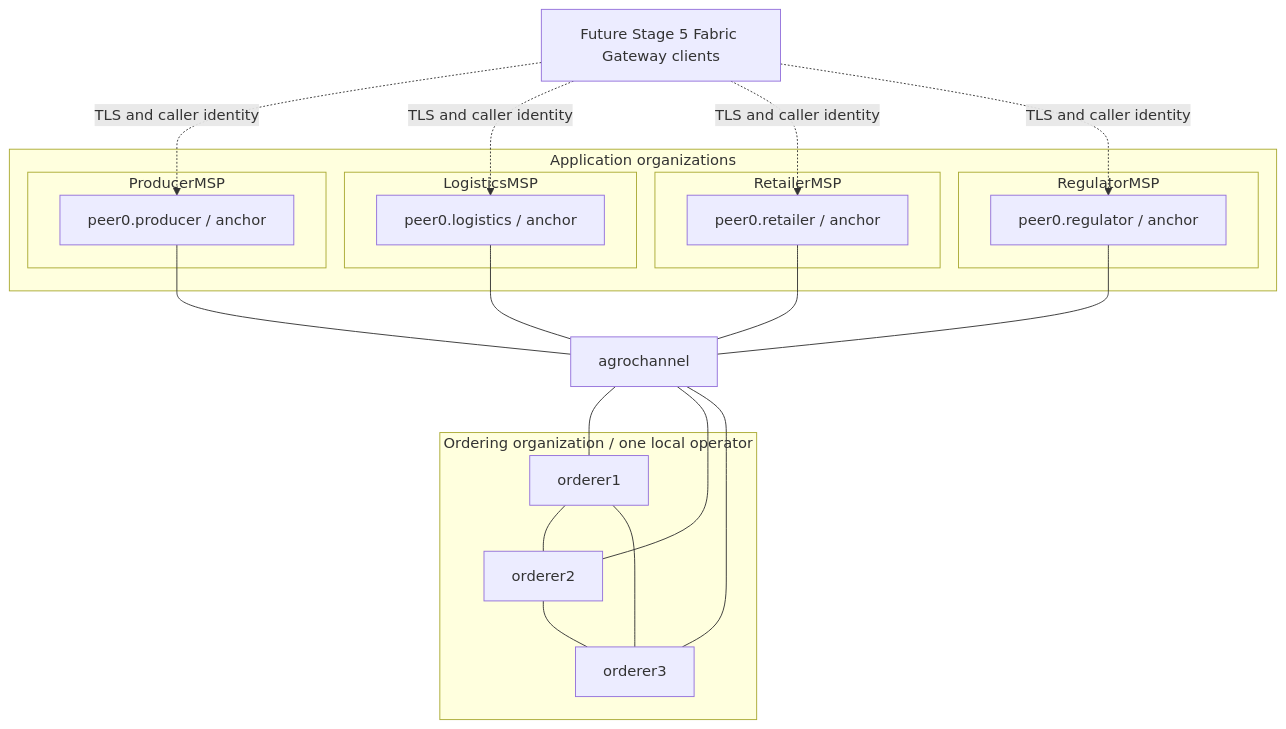
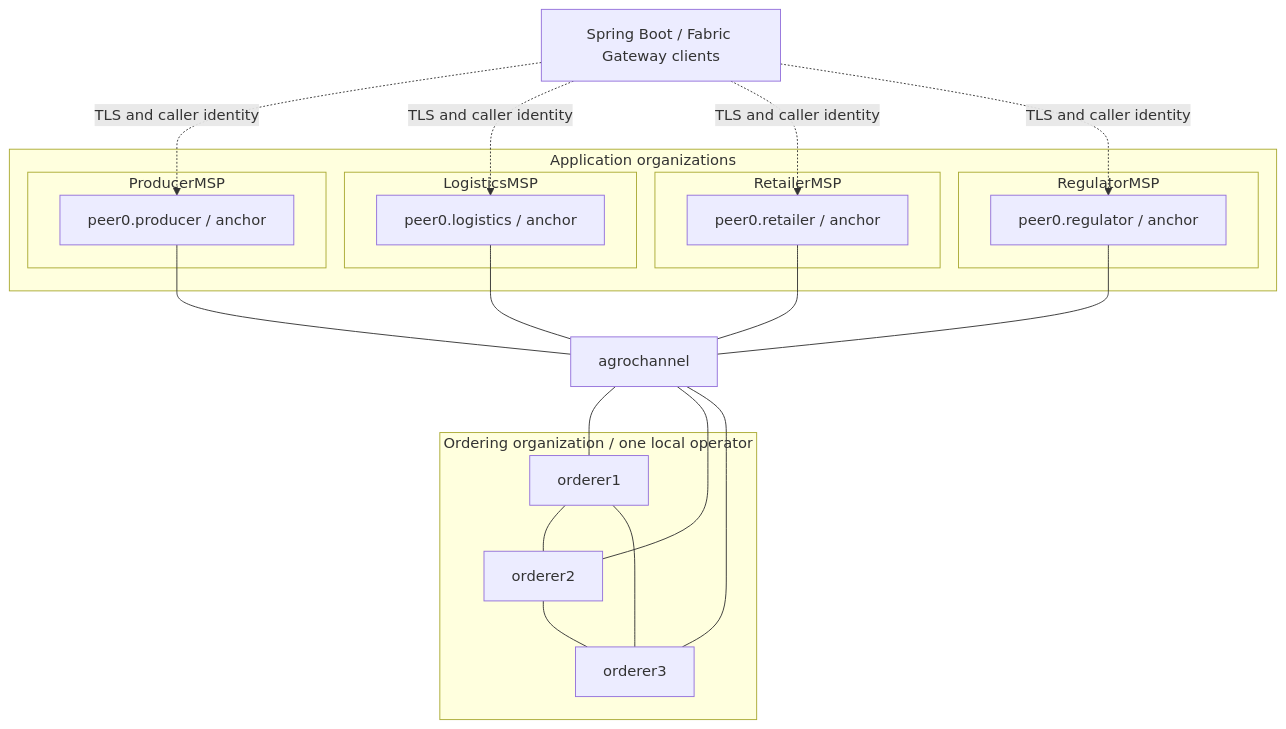
One commit to mertosteron/AgroChain changed the diagram in network/README.md. Above: the diagram before and after it, drawn with Mermaid. The commit also changed other lines of this file, not shown here.

````diff
--- a/network/README.md
+++ b/network/README.md
@@ -21,33 +29,33 @@
 ```mermaid
 flowchart TB
-  GW[Future Stage 5 Fabric Gateway clients] -. TLS and caller identity .-> P
+  GW[Spring Boot / Fabric Gateway clients] -. TLS and caller identity .-> P
   GW -. TLS and caller identity .-> L
   GW -. TLS and caller identity .-> R
   GW -. TLS and caller identity .-> A
   subgraph Applications[Application organizations]
     subgraph ProducerMSP
       P[peer0.producer / anchor]
     end
     subgraph LogisticsMSP
       L[peer0.logistics / anchor]
     end
     subgraph RetailerMSP
       R[peer0.retailer / anchor]
     end
     subgraph RegulatorMSP
       A[peer0.regulator / anchor]
     end
   end
   P --- C[agrochannel]
   L --- C
   R --- C
   A --- C
   subgraph OrdererMSP[Ordering organization / one local operator]
     O1[orderer1] --- O2[orderer2]
     O2 --- O3[orderer3]
     O3 --- O1
   end
   C --- O1
   C --- O2
   C --- O3
 ```
````
